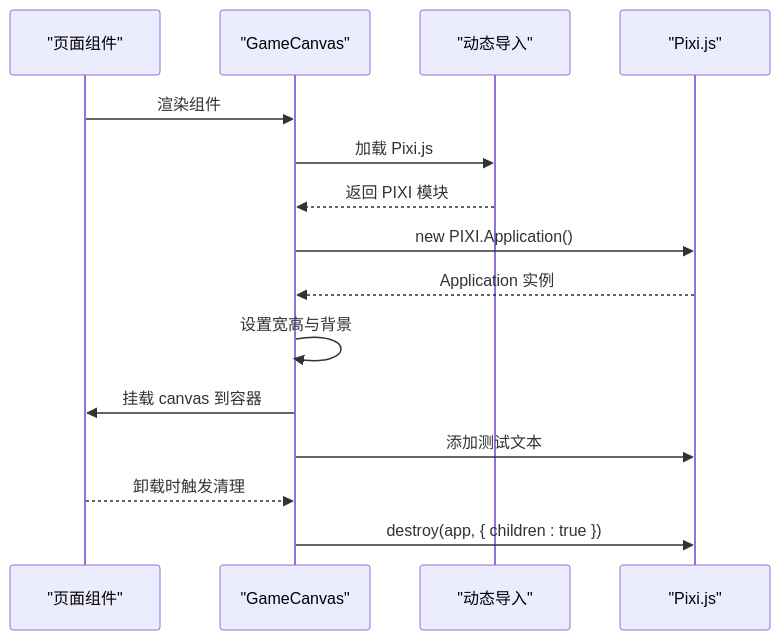
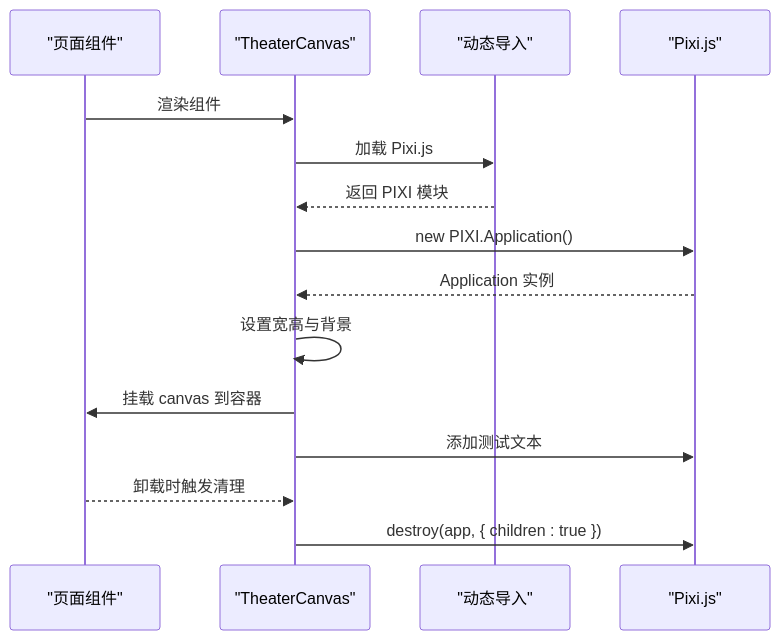
Before and after one commit to KunLabAI/KunFlix: the fourth of 14 diagrams in .qoder/repowiki/zh/content/前端开发指南/前端开发指南.md, drawn with Mermaid. The commit also changed other lines of this file and 112 other files, not shown here.

````diff
--- a/.qoder/repowiki/zh/content/前端开发指南/前端开发指南.md
+++ b/.qoder/repowiki/zh/content/前端开发指南/前端开发指南.md
@@ -224,17 +224,17 @@
 ```mermaid
 sequenceDiagram
 participant Page as "页面组件"
-participant Canvas as "GameCanvas"
+participant Canvas as "TheaterCanvas"
 participant Dynamic as "动态导入"
 participant PIXI as "Pixi.js"
 Page->>Canvas : 渲染组件
 Canvas->>Dynamic : 加载 Pixi.js
 Dynamic-->>Canvas : 返回 PIXI 模块
 Canvas->>PIXI : new PIXI.Application()
 PIXI-->>Canvas : Application 实例
 Canvas->>Canvas : 设置宽高与背景
 Canvas->>Page : 挂载 canvas 到容器
 Canvas->>PIXI : 添加测试文本
 Page-->>Canvas : 卸载时触发清理
 Canvas->>PIXI : destroy(app, { children : true })
 ```
````
